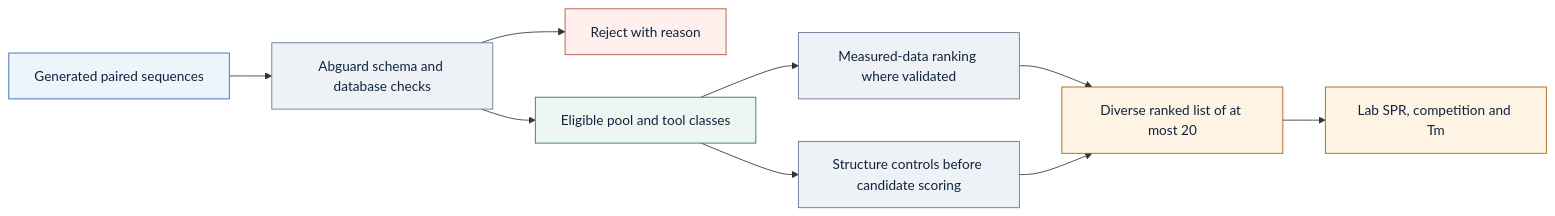
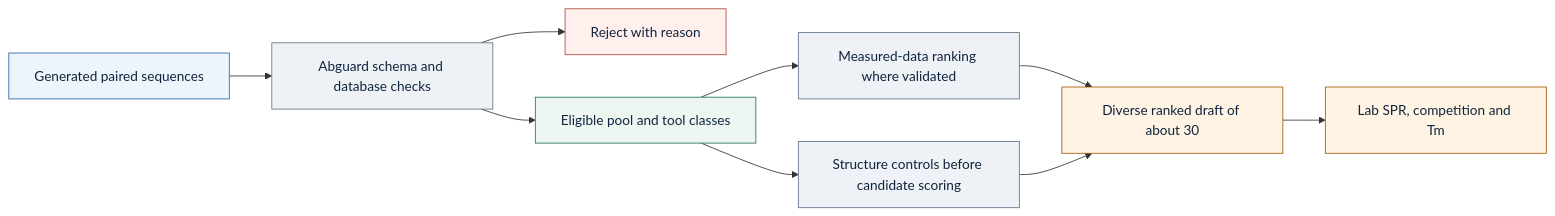
Before and after one commit to ambushhere/antibody-hackathon: the diagram in docs/research/abguard-validation.md, drawn with Mermaid. The commit also changed other lines of this file and 62 other files, not shown here.

Commit message:
feat: finalize ranked draft and SPR adaptation benchmark

````diff
--- a/docs/research/abguard-validation.md
+++ b/docs/research/abguard-validation.md
@@ -28,16 +41,16 @@
 ```mermaid
 flowchart LR
   A[Generated paired sequences]:::data --> B[Abguard schema and database checks]:::action
   B --> C[Reject with reason]:::blocked
   B --> D[Eligible pool and tool classes]:::allowed
   D --> E[Measured-data ranking where validated]:::action
   D --> F[Structure controls before candidate scoring]:::action
-  E --> G[Diverse ranked list of at most 20]:::future
+  E --> G[Diverse ranked draft of about 30]:::future
   F --> G
   G --> H[Lab SPR, competition and Tm]:::future
   classDef data fill:#edf4fc,stroke:#2867b2,color:#10243e;
   classDef action fill:#eef2f6,stroke:#63758b,color:#10243e;
   classDef allowed fill:#eef6f1,stroke:#267557,color:#10243e;
   classDef blocked fill:#fff0ed,stroke:#b44b3c,color:#10243e;
   classDef future fill:#fff4e3,stroke:#a45b08,color:#10243e;
 ```
````
